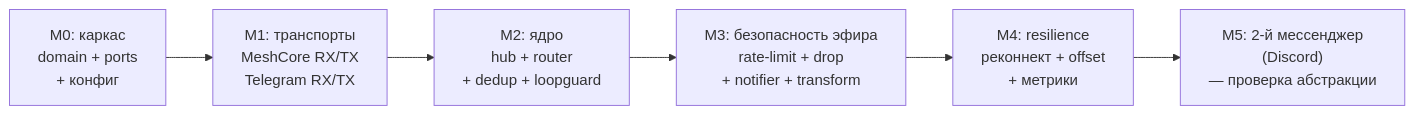
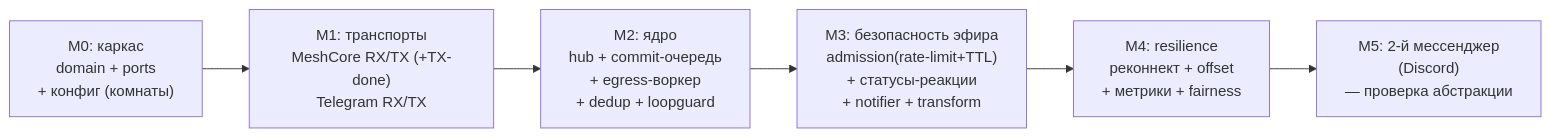
The tenth of 10 diagrams in docs/ARCHITECTURE.md (Flexlug/LoRa-Bridge), drawn with Mermaid before and after one commit. The commit also changed other lines of this file, not shown here.

First line of the commit message:
docs: pivot to client-server commit-log architecture

````diff
--- a/docs/ARCHITECTURE.md
+++ b/docs/ARCHITECTURE.md
@@ -721,9 +695,9 @@
 ```mermaid
 flowchart LR
-    M0["M0: каркас\ndomain + ports\n+ конфиг"] --> M1
-    M1["M1: транспорты\nMeshCore RX/TX\nTelegram RX/TX"] --> M2
-    M2["M2: ядро\nhub + router\n+ dedup + loopguard"] --> M3
-    M3["M3: безопасность эфира\nrate-limit + drop\n+ notifier + transform"] --> M4
-    M4["M4: resilience\nреконнект + offset\n+ метрики"] --> M5
+    M0["M0: каркас\ndomain + ports\n+ конфиг (комнаты)"] --> M1
+    M1["M1: транспорты\nMeshCore RX/TX (+TX-done)\nTelegram RX/TX"] --> M2
+    M2["M2: ядро\nhub + commit-очередь\n+ egress-воркер\n+ dedup + loopguard"] --> M3
+    M3["M3: безопасность эфира\nadmission(rate-limit+TTL)\n+ статусы-реакции\n+ notifier + transform"] --> M4
+    M4["M4: resilience\nреконнект + offset\n+ метрики + fairness"] --> M5
     M5["M5: 2-й мессенджер\n(Discord)\n— проверка абстракции"]
 ```
````
